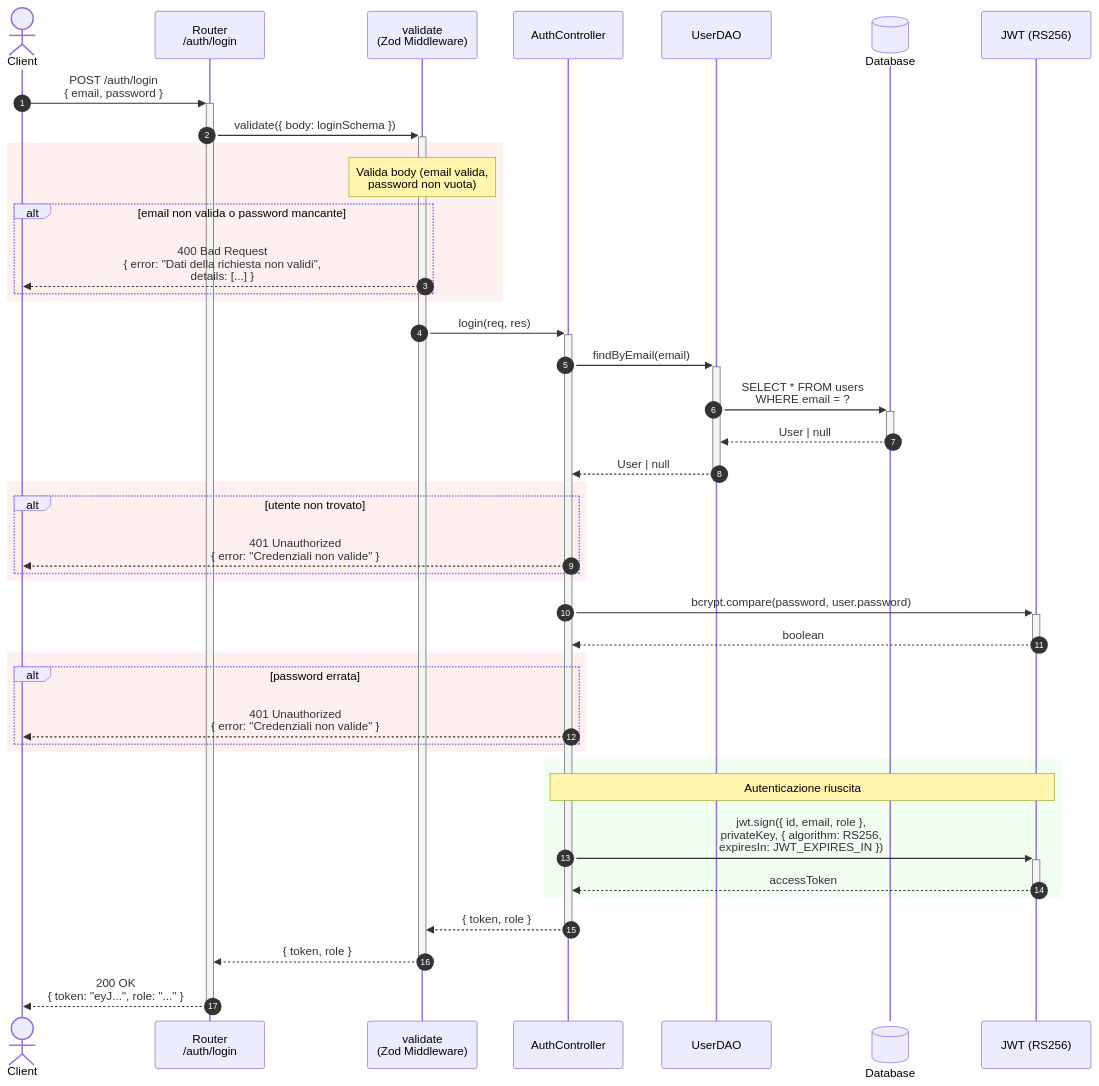
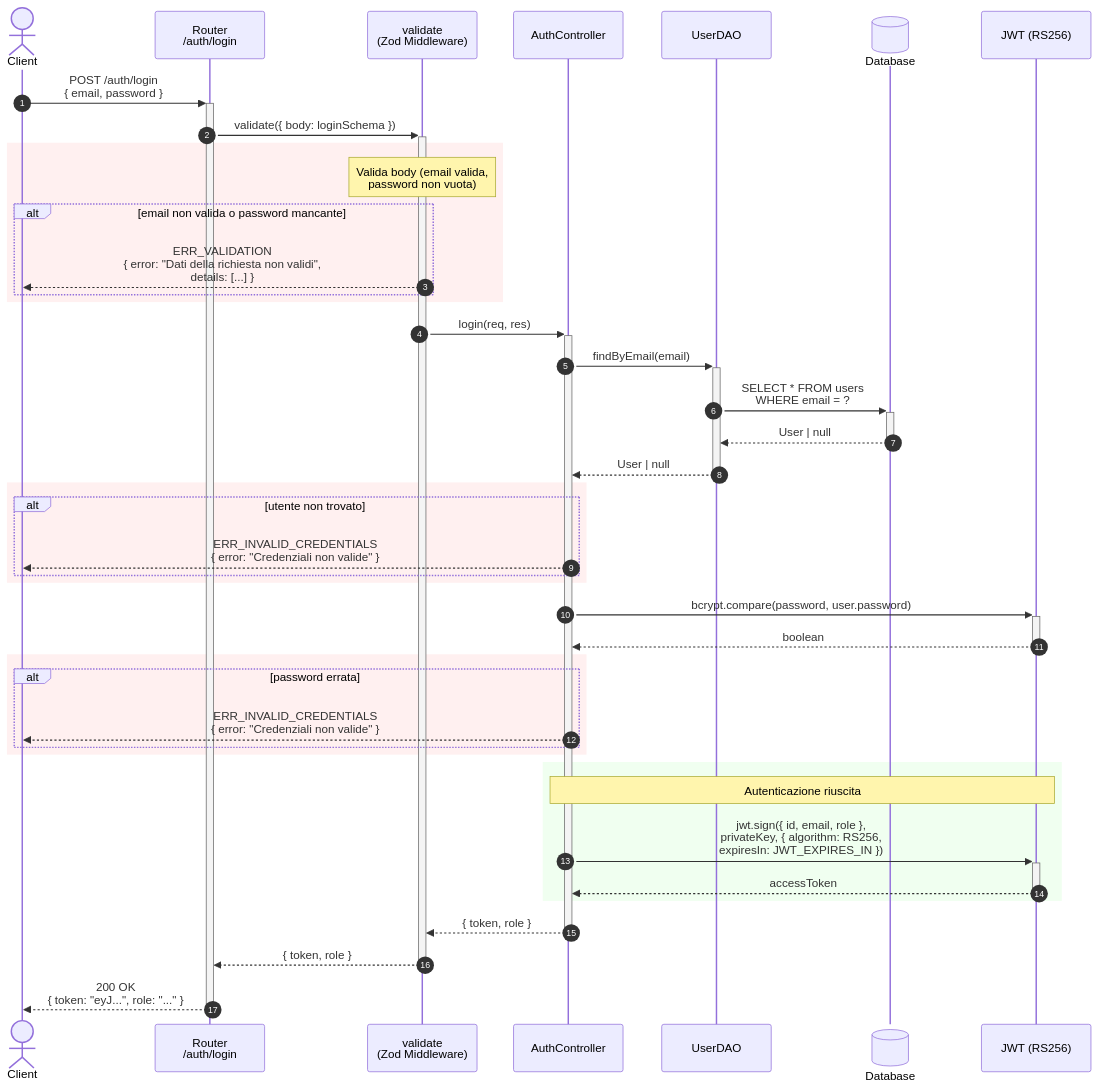
One commit to zDarius21/Programmazione_Avanzata changed the second of 9 diagrams in README.md. Above: the diagram before and after it, drawn with Mermaid. The commit also changed other lines of this file and 6 other files, not shown here.

````diff
--- a/README.md
+++ b/README.md
@@ -148,54 +148,54 @@
 ```mermaid
 sequenceDiagram
     autonumber
     actor Client
     participant Router as Router<br/>/auth/login
     participant Validate as validate<br/>(Zod Middleware)
     participant Controller as AuthController
     participant DAO as UserDAO
     participant DB@{ "type": "database" } as Database
     participant JWT as JWT (RS256)
 
     Client->>+Router: POST /auth/login<br/>{ email, password }
 
     Router->>+Validate: validate({ body: loginSchema })
 
     rect rgb(255, 240, 240)
         note over Validate: Valida body (email valida,<br/>password non vuota)
         alt email non valida o password mancante
-            Validate-->>Client: 400 Bad Request<br/>{ error: "Dati della richiesta non validi",<br/>details: [...] }
+            Validate-->>Client: ERR_VALIDATION<br/>{ error: "Dati della richiesta non validi",<br/>details: [...] }
         end
     end
 
     Validate->>+Controller: login(req, res)
 
     Controller->>+DAO: findByEmail(email)
     DAO->>+DB: SELECT * FROM users<br/>WHERE email = ?
     DB-->>-DAO: User | null
     DAO-->>-Controller: User | null
 
     rect rgb(255, 240, 240)
         alt utente non trovato
-            Controller-->>Client: 401 Unauthorized<br/>{ error: "Credenziali non valide" }
+            Controller-->>Client: ERR_INVALID_CREDENTIALS<br/>{ error: "Credenziali non valide" }
         end
     end
 
     Controller->>+JWT: bcrypt.compare(password, user.password)
     JWT-->>-Controller: boolean
 
     rect rgb(255, 240, 240)
         alt password errata
-            Controller-->>Client: 401 Unauthorized<br/>{ error: "Credenziali non valide" }
+            Controller-->>Client: ERR_INVALID_CREDENTIALS<br/>{ error: "Credenziali non valide" }
         end
     end
 
     rect rgb(240, 255, 240)
         note over Controller,JWT: Autenticazione riuscita
         Controller->>+JWT: jwt.sign({ id, email, role },<br/>privateKey, { algorithm: RS256,<br/>expiresIn: JWT_EXPIRES_IN })
         JWT-->>-Controller: accessToken
     end
 
     Controller-->>-Validate: { token, role }
     Validate-->>-Router: { token, role }
     Router-->>-Client: 200 OK<br/>{ token: "eyJ...", role: "..." }
 ```
````
